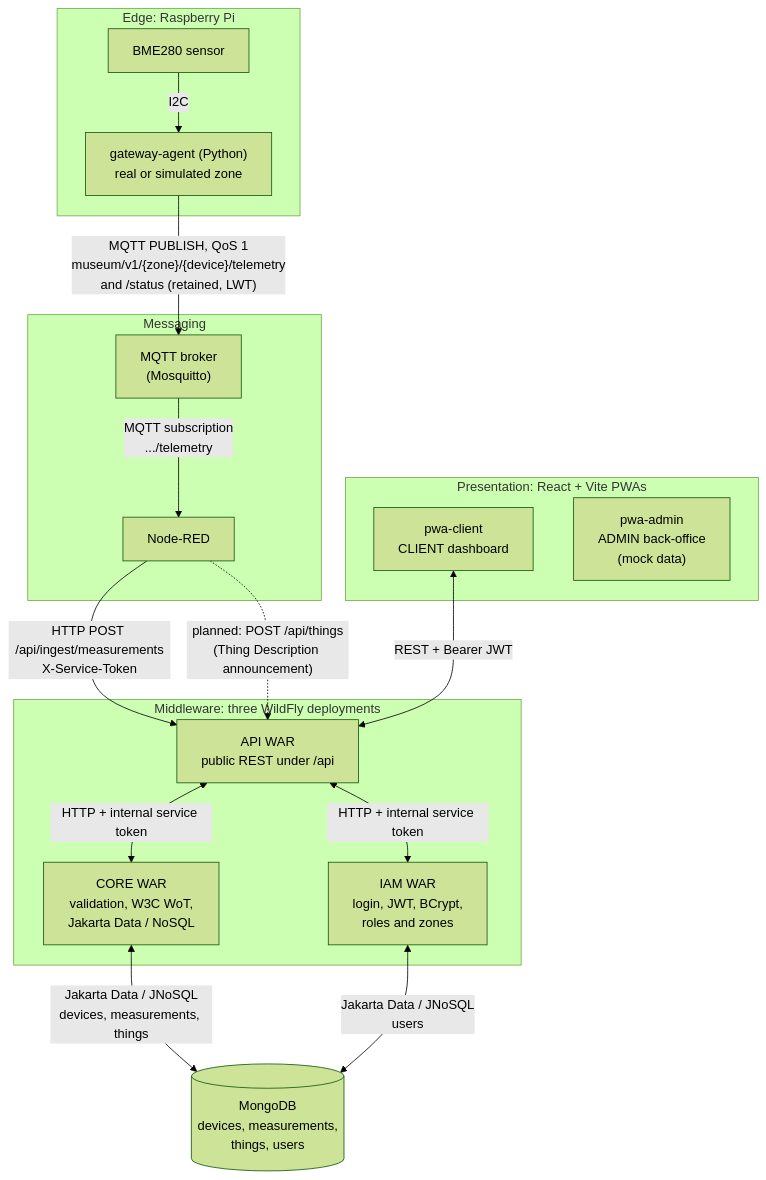
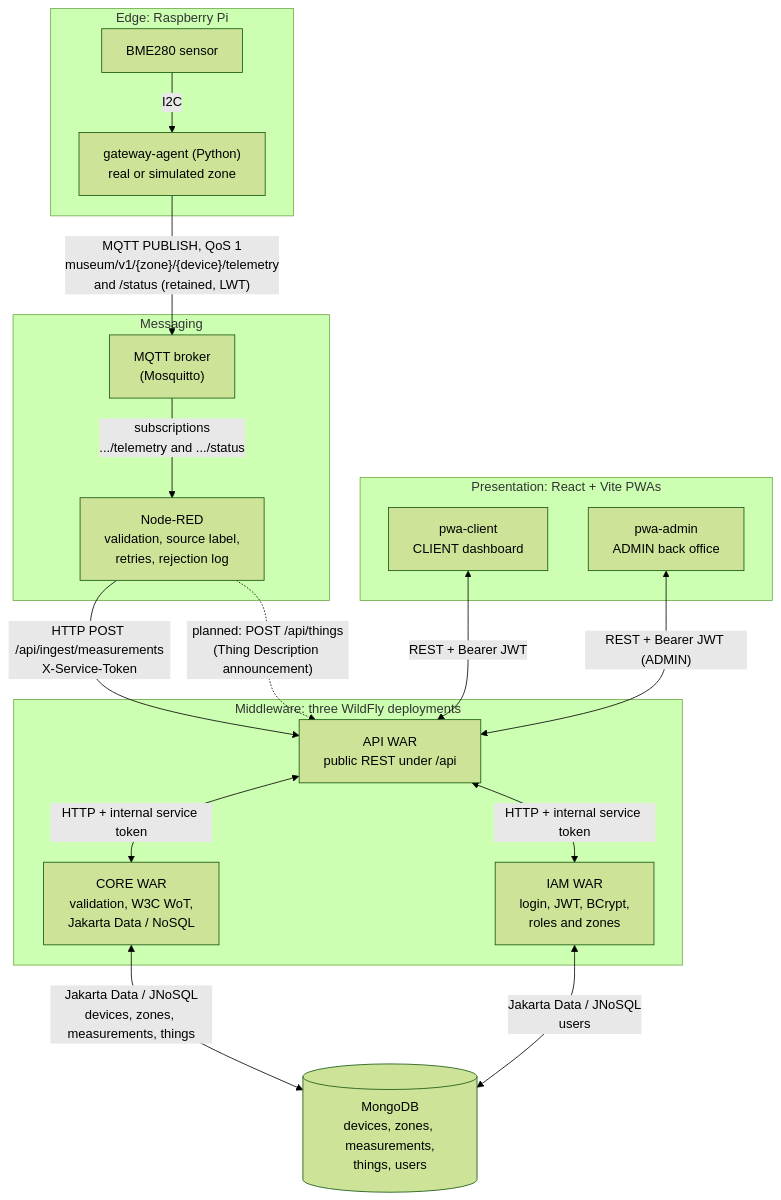
Before and after one commit to sourourjaouadi/SMART-MUSEUM: the first of 2 diagrams in README.md, drawn with Mermaid (forest theme). The commit also changed other lines of this file, not shown here.

````diff
--- a/README.md
+++ b/README.md
@@ -31,38 +33,39 @@
 ```mermaid
 flowchart TB
     subgraph EDGE["Edge: Raspberry Pi"]
         SENSOR["BME280 sensor"]
         AGENT["gateway-agent (Python)<br/>real or simulated zone"]
     end
 
     subgraph MSG["Messaging"]
         BROKER["MQTT broker<br/>(Mosquitto)"]
-        NODERED["Node-RED"]
+        NODERED["Node-RED<br/>validation, source label,<br/>retries, rejection log"]
     end
 
     subgraph MW["Middleware: three WildFly deployments"]
         API["API WAR<br/>public REST under /api"]
         IAM["IAM WAR<br/>login, JWT, BCrypt,<br/>roles and zones"]
         CORE["CORE WAR<br/>validation, W3C WoT,<br/>Jakarta Data / NoSQL"]
     end
 
-    DB[("MongoDB<br/>devices, measurements,<br/>things, users")]
+    DB[("MongoDB<br/>devices, zones, measurements,<br/>things, users")]
 
     subgraph UI["Presentation: React + Vite PWAs"]
         CLIENT["pwa-client<br/>CLIENT dashboard"]
-        ADMIN["pwa-admin<br/>ADMIN back-office<br/>(mock data)"]
+        ADMIN["pwa-admin<br/>ADMIN back office"]
     end
 
     SENSOR -->|"I2C"| AGENT
     AGENT -->|"MQTT PUBLISH, QoS 1<br/>museum/v1/{zone}/{device}/telemetry<br/>and /status (retained, LWT)"| BROKER
-    BROKER -->|"MQTT subscription<br/>.../telemetry"| NODERED
+    BROKER -->|"subscriptions<br/>.../telemetry and .../status"| NODERED
     NODERED -->|"HTTP POST /api/ingest/measurements<br/>X-Service-Token"| API
     NODERED -.->|"planned: POST /api/things<br/>(Thing Description announcement)"| API
 
     CLIENT <-->|"REST + Bearer JWT"| API
+    ADMIN <-->|"REST + Bearer JWT (ADMIN)"| API
 
     API <-->|"HTTP + internal service token"| IAM
     API <-->|"HTTP + internal service token"| CORE
-    CORE <-->|"Jakarta Data / JNoSQL<br/>devices, measurements, things"| DB
+    CORE <-->|"Jakarta Data / JNoSQL<br/>devices, zones, measurements, things"| DB
     IAM <-->|"Jakarta Data / JNoSQL<br/>users"| DB
 ```
````
